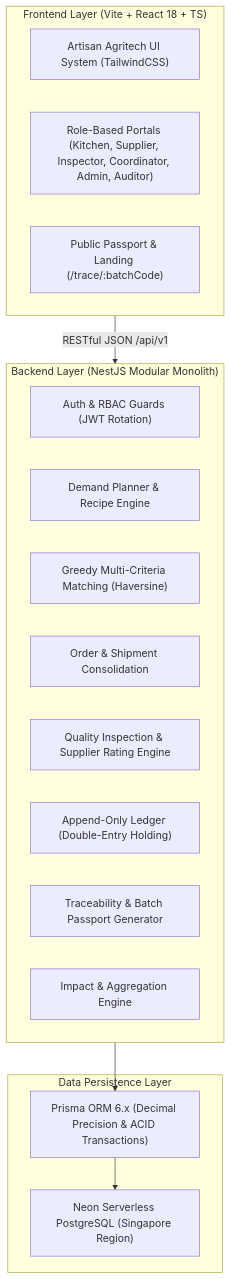
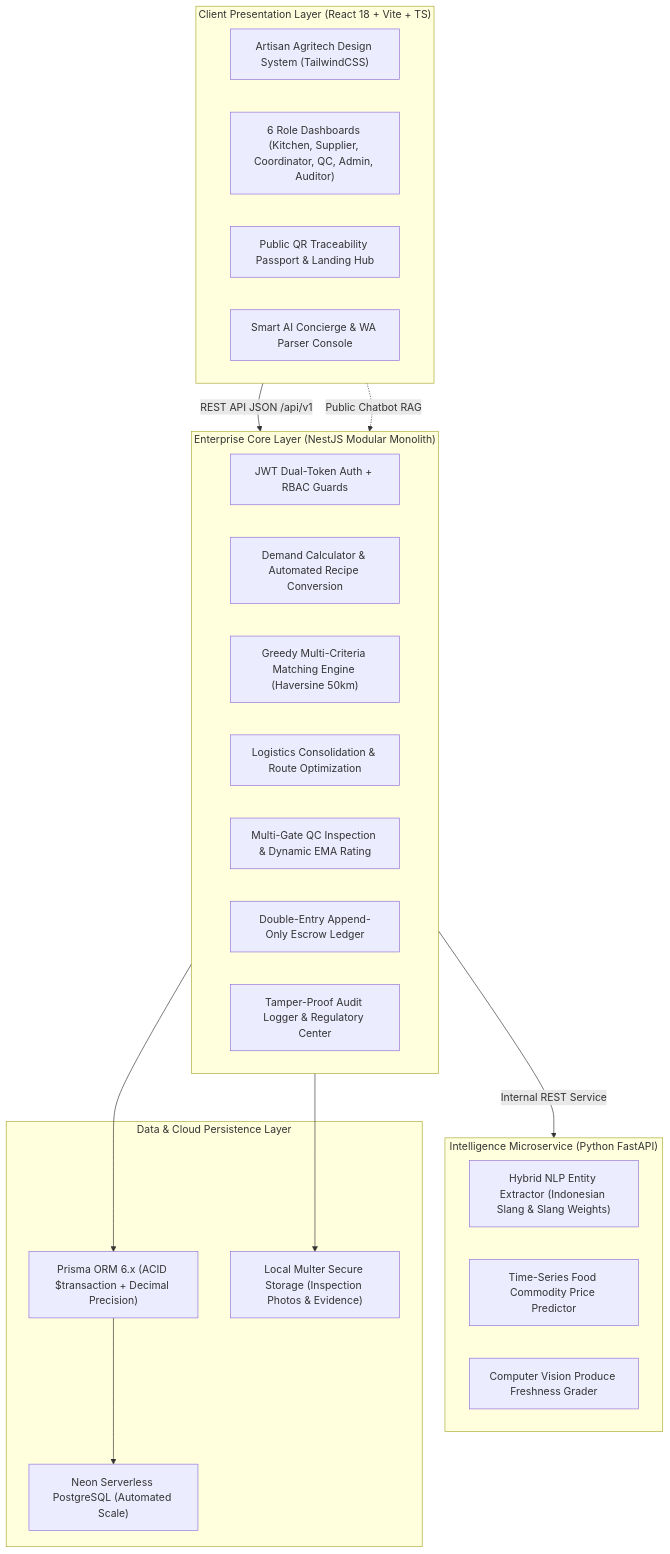
One commit to YogUNI/ORVANA changed the diagram in README.md. Above: the diagram before and after it, drawn with Mermaid. The commit also changed other lines of this file, not shown here.

Commit message:
docs: upgrade README.md with enterprise visuals, full architecture, and AI ecosystem specs

````diff
--- a/README.md
+++ b/README.md
@@ -58,28 +63,38 @@
 ```mermaid
 flowchart TD
-    subgraph Client ["Frontend Layer (Vite + React 18 + TS)"]
-        UI["Artisan Agritech UI System (TailwindCSS)"]
-        Pages["Role-Based Portals (Kitchen, Supplier, Inspector, Coordinator, Admin, Auditor)"]
-        Public["Public Passport & Landing (/trace/:batchCode)"]
+    subgraph Client ["Client Presentation Layer (React 18 + Vite + TS)"]
+        UI["Artisan Agritech Design System (TailwindCSS)"]
+        Portals["6 Role Dashboards (Kitchen, Supplier, Coordinator, QC, Admin, Auditor)"]
+        Public["Public QR Traceability Passport & Landing Hub"]
+        ChatbotUI["Smart AI Concierge & WA Parser Console"]
     end
 
-    subgraph API ["Backend Layer (NestJS Modular Monolith)"]
-        AuthM["Auth & RBAC Guards (JWT Rotation)"]
-        DemandM["Demand Planner & Recipe Engine"]
-        MatchM["Greedy Multi-Criteria Matching (Haversine)"]
-        OrderM["Order & Shipment Consolidation"]
-        QCM["Quality Inspection & Supplier Rating Engine"]
-        LedgerM["Append-Only Ledger (Double-Entry Holding)"]
-        TraceM["Traceability & Batch Passport Generator"]
-        DashboardM["Impact & Aggregation Engine"]
+    subgraph Backend ["Enterprise Core Layer (NestJS Modular Monolith)"]
+        AuthGuards["JWT Dual-Token Auth + RBAC Guards"]
+        DemandEngine["Demand Calculator & Automated Recipe Conversion"]
+        MatchingEngine["Greedy Multi-Criteria Matching Engine (Haversine 50km)"]
+        ShipmentEngine["Logistics Consolidation & Route Optimization"]
+        QCEngine["Multi-Gate QC Inspection & Dynamic EMA Rating"]
+        LedgerEngine["Double-Entry Append-Only Escrow Ledger"]
+        AuditEngine["Tamper-Proof Audit Logger & Regulatory Center"]
     end
 
-    subgraph Data ["Data Persistence Layer"]
-        Prisma["Prisma ORM 6.x (Decimal Precision & ACID Transactions)"]
-        Neon["Neon Serverless PostgreSQL (Singapore Region)"]
+    subgraph AIService ["Intelligence Microservice (Python FastAPI)"]
+        NLPParser["Hybrid NLP Entity Extractor (Indonesian Slang & Slang Weights)"]
+        PriceForecast["Time-Series Food Commodity Price Predictor"]
+        QualityVision["Computer Vision Produce Freshness Grader"]
     end
 
-    Client -->|RESTful JSON /api/v1| API
-    API --> Prisma
-    Prisma --> Neon
+    subgraph Persistence ["Data & Cloud Persistence Layer"]
+        Prisma["Prisma ORM 6.x (ACID $transaction + Decimal Precision)"]
+        PostgreSQL["Neon Serverless PostgreSQL (Automated Scale)"]
+        Storage["Local Multer Secure Storage (Inspection Photos & Evidence)"]
+    end
+
+    Client -->|REST API JSON /api/v1| Backend
+    Client -.->|Public Chatbot RAG| Backend
+    Backend -->|Internal REST Service| AIService
+    Backend --> Prisma
+    Prisma --> PostgreSQL
+    Backend --> Storage
 ```
````
